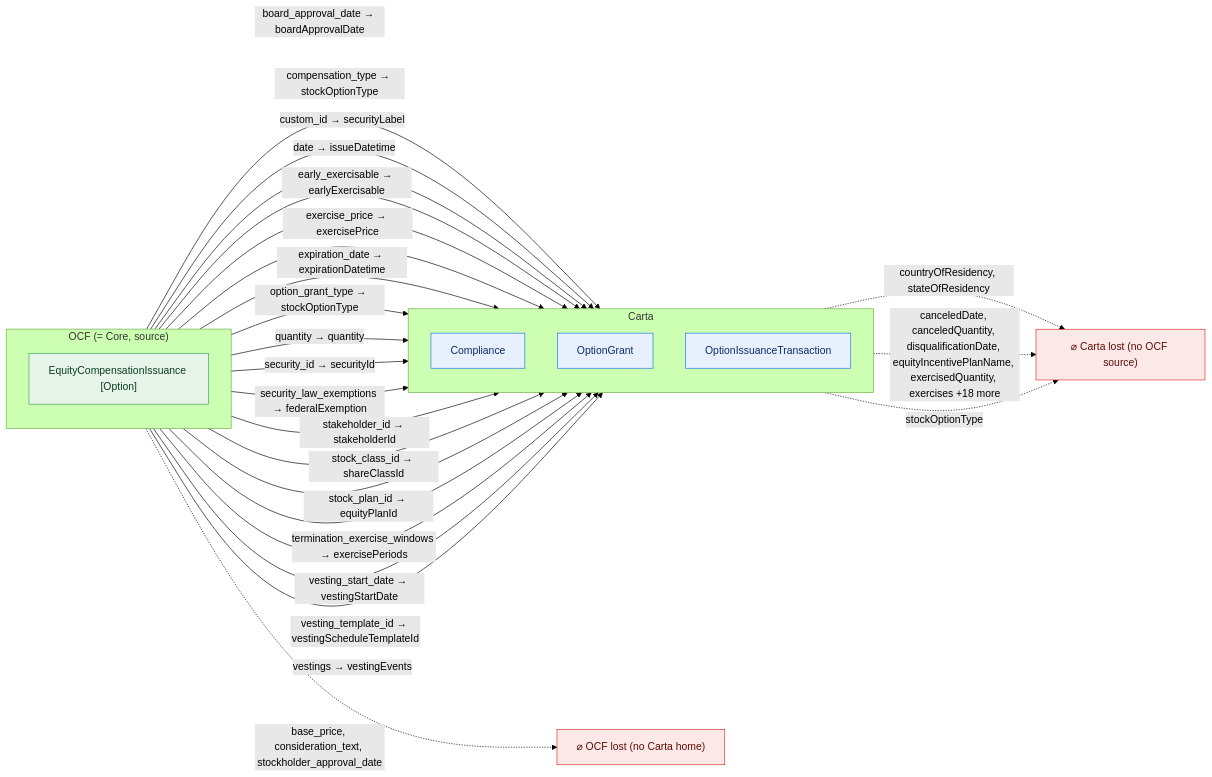
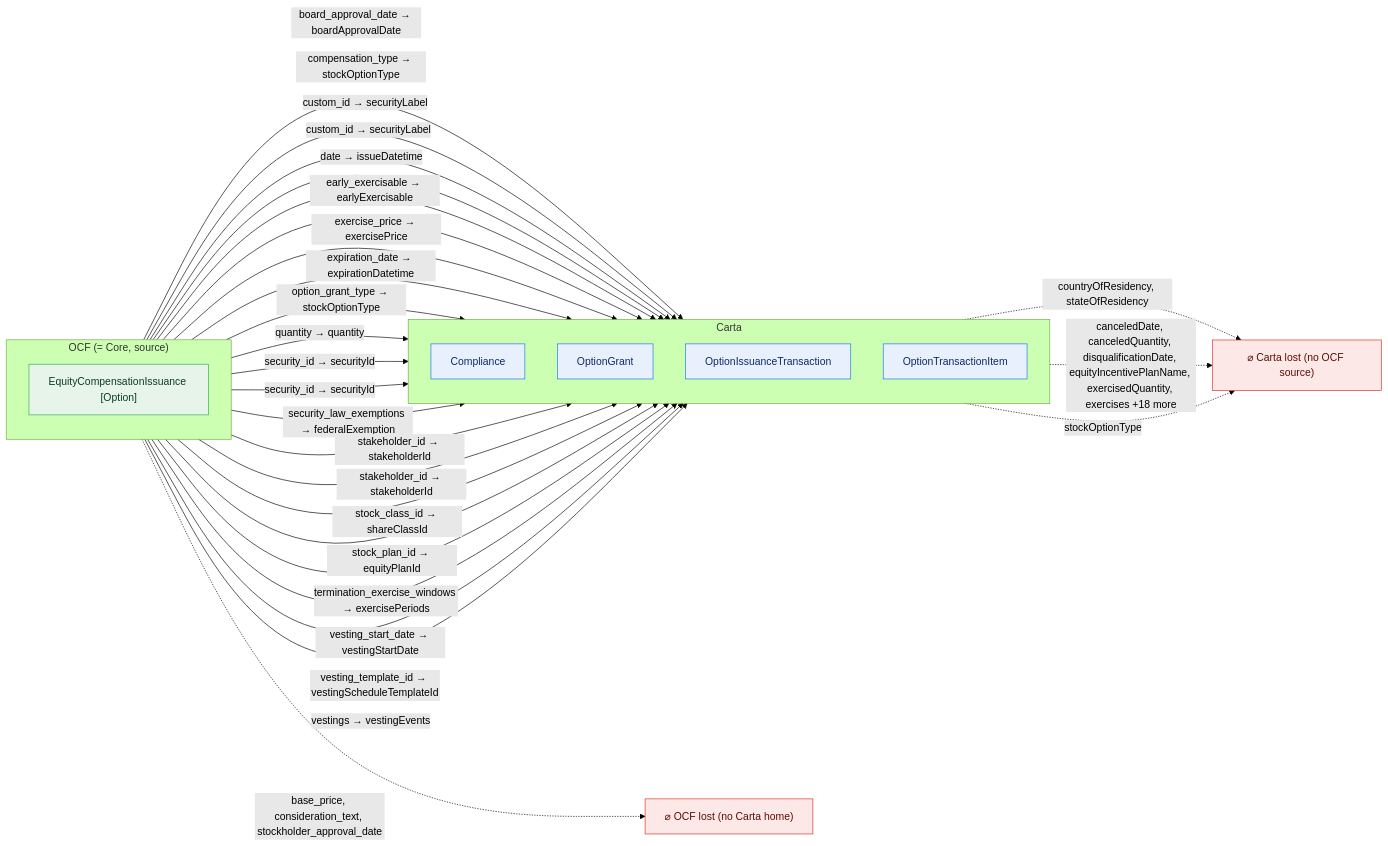
Before and after one commit to Open-Cap-Table-Coalition/OCF-Composed-Schemas: the second of 47 diagrams in docs/core-bidirectional-flow.md, drawn with Mermaid (forest theme). The commit also changed other lines of this file and 24 other files, not shown here.

````diff
--- a/docs/core-bidirectional-flow.md
+++ b/docs/core-bidirectional-flow.md
@@ -158,41 +158,45 @@
 ```mermaid
 flowchart LR
   classDef adm fill:#e6f4ea,stroke:#34a853,color:#0b3d20;
   classDef notadm fill:#f1f3f4,stroke:#9aa0a6,color:#5f6368,stroke-dasharray:4 3;
   classDef carta fill:#e8f0fe,stroke:#1a73e8,color:#0d2b66;
   classDef lost fill:#fce8e6,stroke:#d93025,color:#5c0d06;
   subgraph SRC["OCF (= Core, source)"]
     direction TB
     o0["EquityCompensationIssuance [Option]"]:::adm
   end
   subgraph TGT["Carta"]
     direction TB
     t0["Compliance"]:::carta
     t1["OptionGrant"]:::carta
     t2["OptionIssuanceTransaction"]:::carta
+    t3["OptionTransactionItem"]:::carta
   end
   ocflost["⌀ OCF lost (no Carta home)"]:::lost
   cartalost["⌀ Carta lost (no OCF source)"]:::lost
   o0 -->|"board_approval_date → boardApprovalDate"| t1
   o0 -->|"compensation_type → stockOptionType"| t1
+  o0 -->|"custom_id → securityLabel"| t3
   o0 -->|"custom_id → securityLabel"| t1
   o0 -->|"date → issueDatetime"| t2
   o0 -->|"early_exercisable → earlyExercisable"| t1
   o0 -->|"exercise_price → exercisePrice"| t2
   o0 -->|"expiration_date → expirationDatetime"| t2
   o0 -->|"option_grant_type → stockOptionType"| t1
   o0 -->|"quantity → quantity"| t2
+  o0 -->|"security_id → securityId"| t3
   o0 -->|"security_id → securityId"| t1
   o0 -->|"security_law_exemptions → federalExemption"| t0
+  o0 -->|"stakeholder_id → stakeholderId"| t3
   o0 -->|"stakeholder_id → stakeholderId"| t1
   o0 -->|"stock_class_id → shareClassId"| t2
   o0 -->|"stock_plan_id → equityPlanId"| t2
   o0 -->|"termination_exercise_windows → exercisePeriods"| t1
   o0 -->|"vesting_start_date → vestingStartDate"| t1
   o0 -->|"vesting_template_id → vestingScheduleTemplateId"| t2
   o0 -->|"vestings → vestingEvents"| t1
   o0 -.->|"base_price, consideration_text, stockholder_approval_date"| ocflost
   t0 -.->|"countryOfResidency, stateOfResidency"| cartalost
   t1 -.->|"canceledDate, canceledQuantity, disqualificationDate, equityIncentivePlanName, exercisedQuantity, exercises +18 more"| cartalost
   t2 -.->|"stockOptionType"| cartalost
 ```
````
